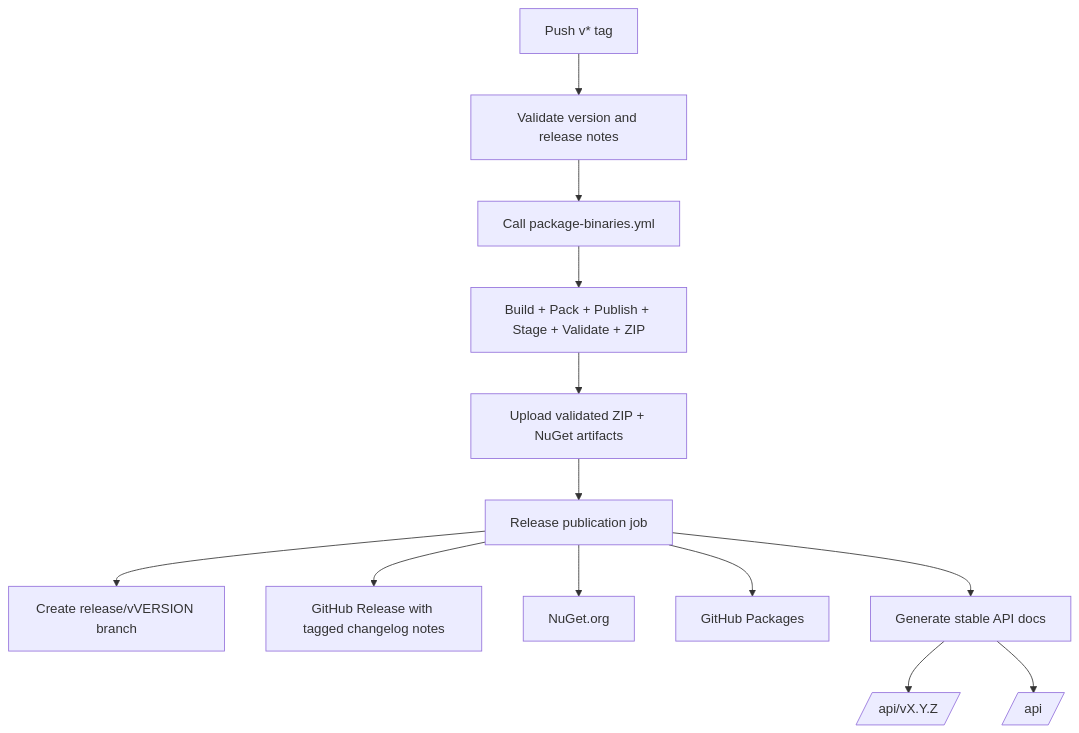
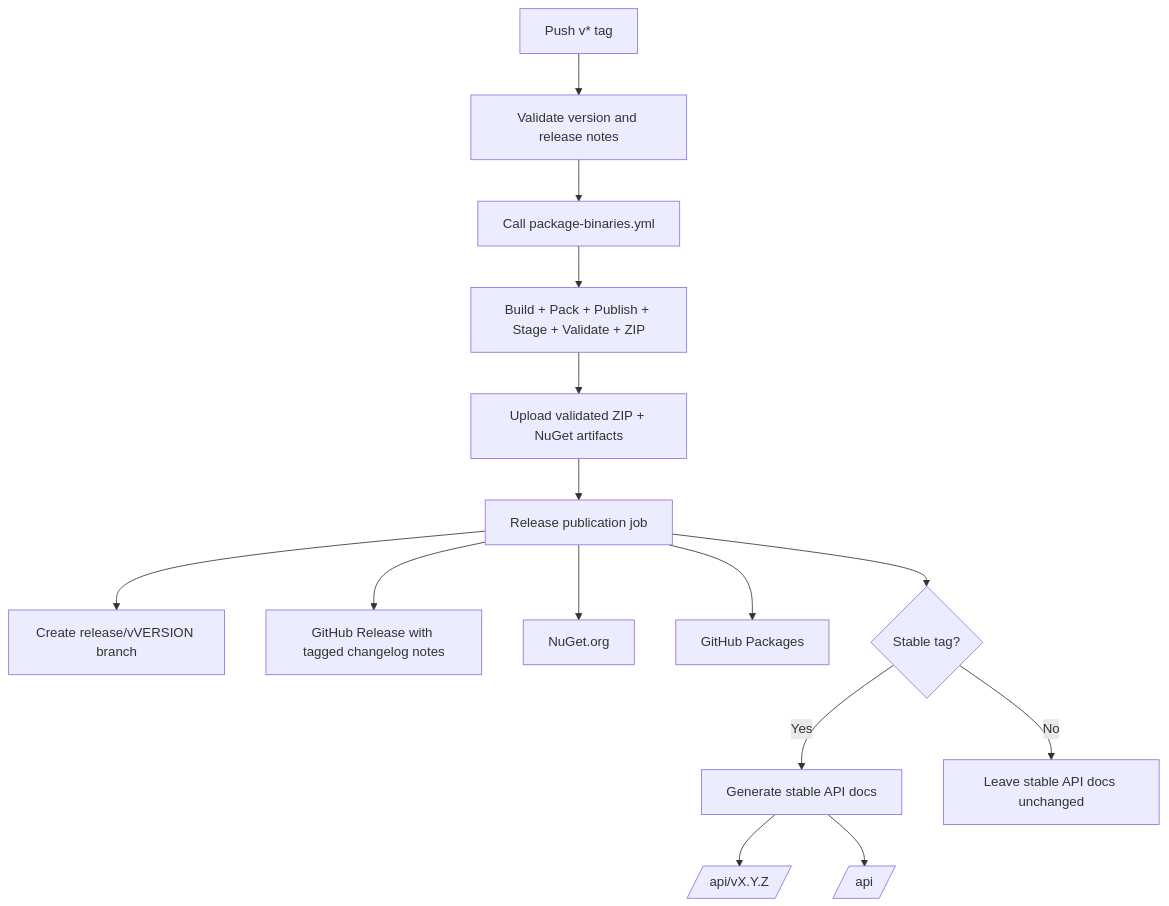
Before and after one commit to Isthimius/Gondwana: the third of 3 diagrams in docs/wiki/GitHub-Automation-and-Workflows.md, drawn with Mermaid. The commit also changed other lines of this file and 7 other files, not shown here.

````diff
--- a/docs/wiki/GitHub-Automation-and-Workflows.md
+++ b/docs/wiki/GitHub-Automation-and-Workflows.md
@@ -1060,16 +1060,18 @@
 ```mermaid
 flowchart TD
     TAG[Push v* tag] --> PREFLIGHT[Validate version and release notes]
     PREFLIGHT --> PKG[Call package-binaries.yml]
     PKG --> BUNDLE[Build + Pack + Publish + Stage + Validate + ZIP]
     BUNDLE --> UPLOAD[Upload validated ZIP + NuGet artifacts]
     UPLOAD --> PUB[Release publication job]
 
     PUB --> BRANCH[Create release/vVERSION branch]
     PUB --> GHREL[GitHub Release with tagged changelog notes]
     PUB --> NUGET[NuGet.org]
     PUB --> GHPKG[GitHub Packages]
-    PUB --> DOXY[Generate stable API docs]
+    PUB --> CHECK{Stable tag?}
+    CHECK -->|Yes| DOXY[Generate stable API docs]
+    CHECK -->|No| SKIP[Leave stable API docs unchanged]
     DOXY --> VERSIONED[/api/vX.Y.Z/]
     DOXY --> STABLE[/api/]
 ```
````
